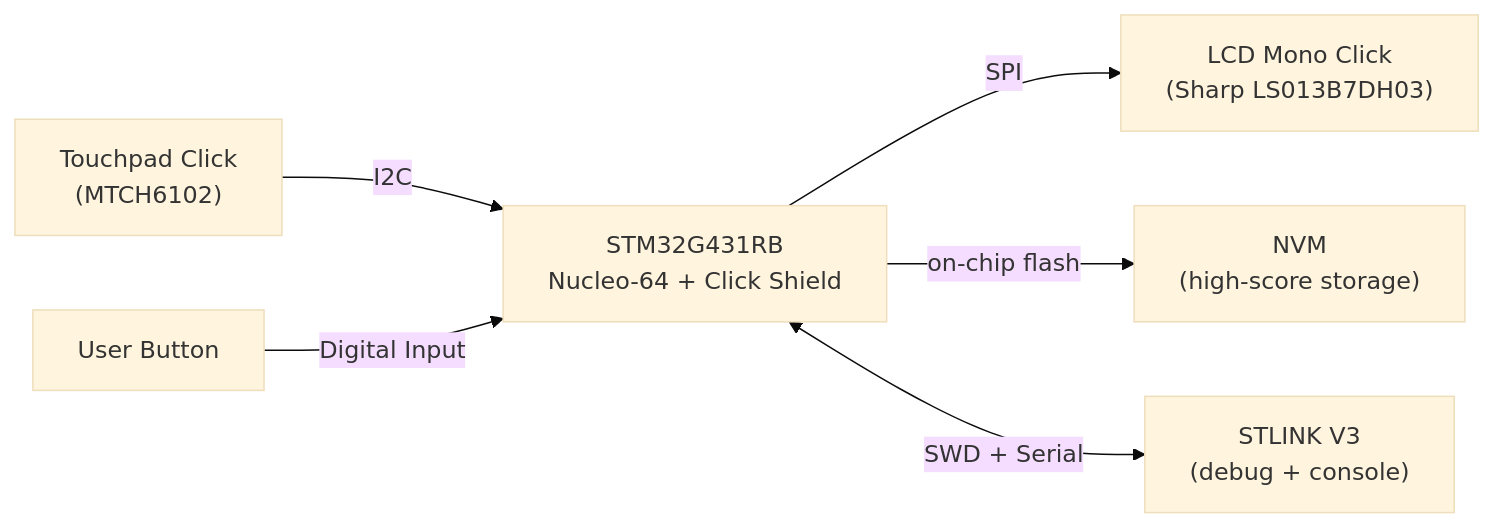
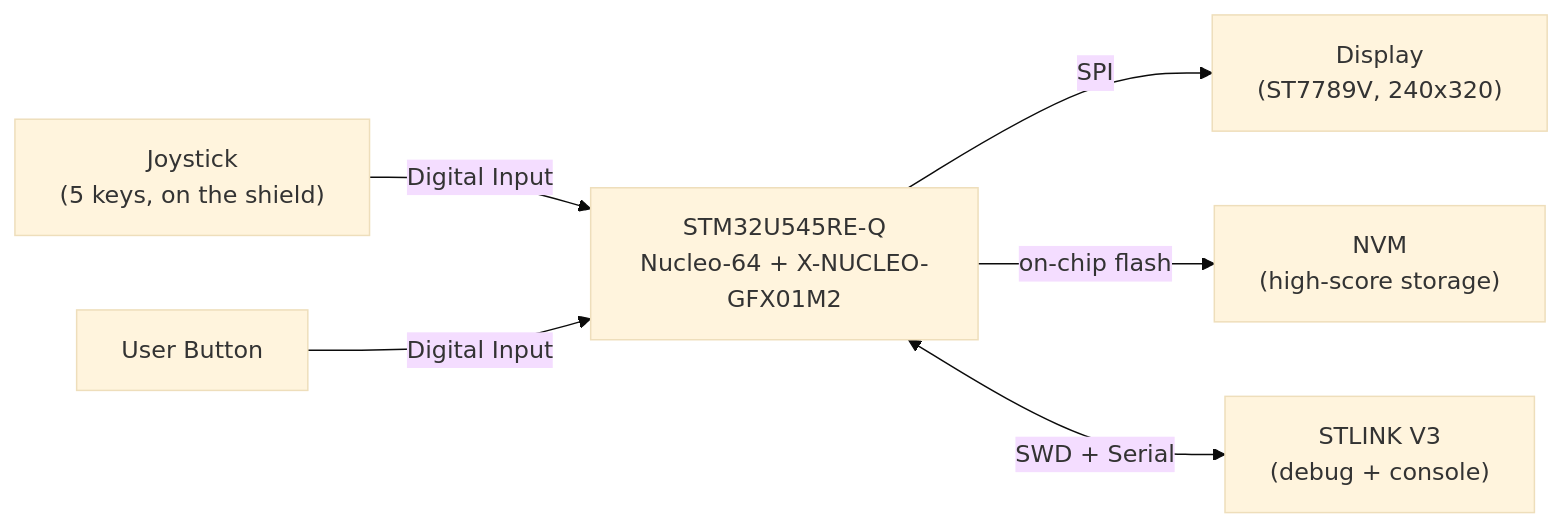
Before and after one commit to MaxLell/MicroPacControllerMan: the first of 2 diagrams in Docu/PrePlanning/01-System-Overview-and-Context.md, drawn with Mermaid (base theme). The commit also changed other lines of this file and 14 other files, not shown here.

````diff
--- a/Docu/PrePlanning/01-System-Overview-and-Context.md
+++ b/Docu/PrePlanning/01-System-Overview-and-Context.md
@@ -43,8 +43,8 @@
 ```mermaid
 flowchart LR
-    TP["Touchpad Click<br/>(MTCH6102)"] -->|I2C| MCU["STM32G431RB<br/>Nucleo-64 + Click Shield"]
+    JOY["Joystick<br/>(5 keys, on the shield)"] -->|Digital Input| MCU["STM32U545RE-Q<br/>Nucleo-64 + X-NUCLEO-GFX01M2"]
     BTN["User Button"] -->|Digital Input| MCU
-    MCU -->|SPI| LCD["LCD Mono Click<br/>(Sharp LS013B7DH03)"]
+    MCU -->|SPI| LCD["Display<br/>(ST7789V, 240x320)"]
     MCU -->|on-chip flash| NVM["NVM<br/>(high-score storage)"]
     MCU <-->|SWD + Serial| STL["STLINK V3<br/>(debug + console)"]
 ```
````
